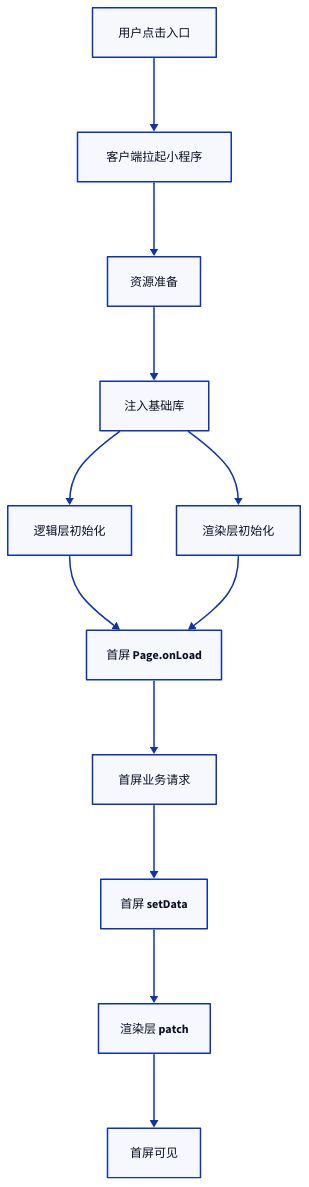
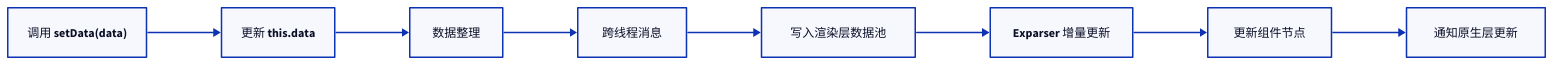
The third of 8 diagrams in apps/docs/experiences/微信小程序/原理与实践.md (youngluo/thinking), drawn with D2 before and after one commit. The commit also changed other lines of this file and 3 other files, not shown here.

````diff
--- a/apps/docs/experiences/微信小程序/原理与实践.md
+++ b/apps/docs/experiences/微信小程序/原理与实践.md
@@ -181,24 +184,14 @@
 ```d2
-direction: down
+direction: right
 
-start: 用户点击入口
-init: 客户端拉起小程序
-pkg: 资源准备
-inject: 注入基础库
-logic_init: 逻辑层初始化
-view_init: 渲染层初始化
-page_load: 首屏 Page.onLoad
-fetch: 首屏业务请求
-setdata: 首屏 setData
-patch: 渲染层 patch
-ready: 首屏可见 {
-  class: ok
-}
+call: 调用 setData(data)
+merge: 更新 this.data
+serialize: 数据整理
+bridge: 跨线程消息
+write: 写入渲染层数据池
+diff: Exparser 增量更新
+patch: 更新组件节点
+native: 通知原生层更新
 
-start -> init -> pkg -> inject
-inject -> logic_init
-inject -> view_init
-logic_init -> page_load
-view_init -> page_load
-page_load -> fetch -> setdata -> patch -> ready
+call -> merge -> serialize -> bridge -> write -> diff -> patch -> native
 ```
````
